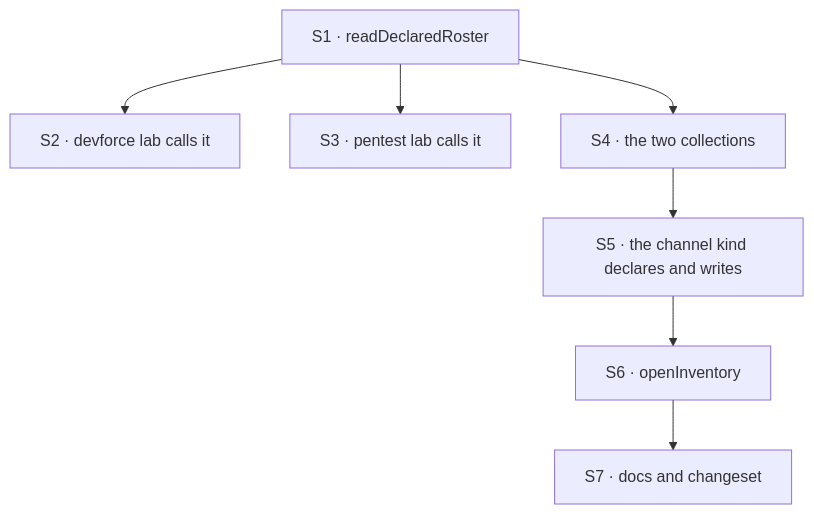
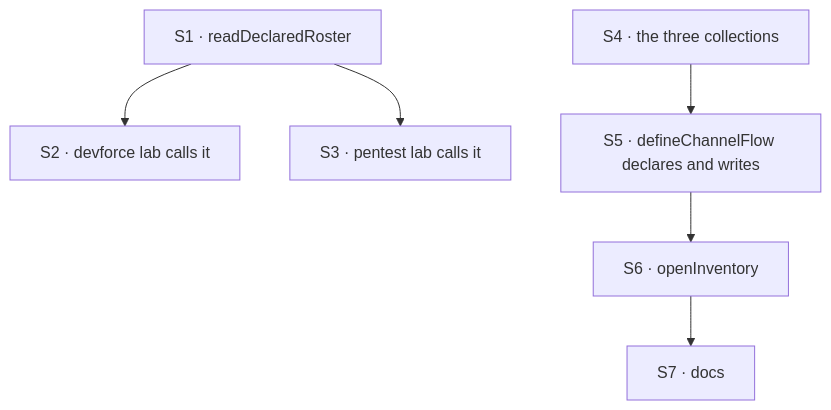
Before and after one commit to fixpoint-labs/flow-state-dev: the diagram in spec/FIX-1405/PLAN.md, drawn with Mermaid. The commit also changed other lines of this file and 5 other files, not shown here.

````diff
--- a/spec/FIX-1405/PLAN.md
+++ b/spec/FIX-1405/PLAN.md
@@ -35,9 +66,8 @@
 ```mermaid
 flowchart TD
   S1["S1 · readDeclaredRoster"] --> S2["S2 · devforce lab calls it"]
   S1 --> S3["S3 · pentest lab calls it"]
-  S1 --> S4["S4 · the two collections"]
-  S4 --> S5["S5 · the channel kind declares and writes"]
+  S4["S4 · the three collections"] --> S5["S5 · defineChannelFlow declares and writes"]
   S5 --> S6["S6 · openInventory"]
-  S6 --> S7["S7 · docs and changeset"]
+  S6 --> S7["S7 · docs"]
 ```
````
